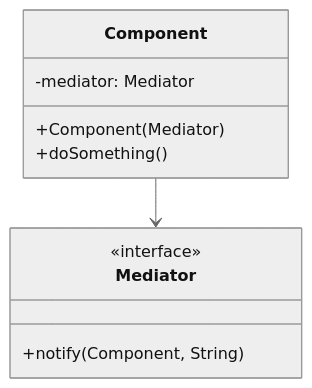
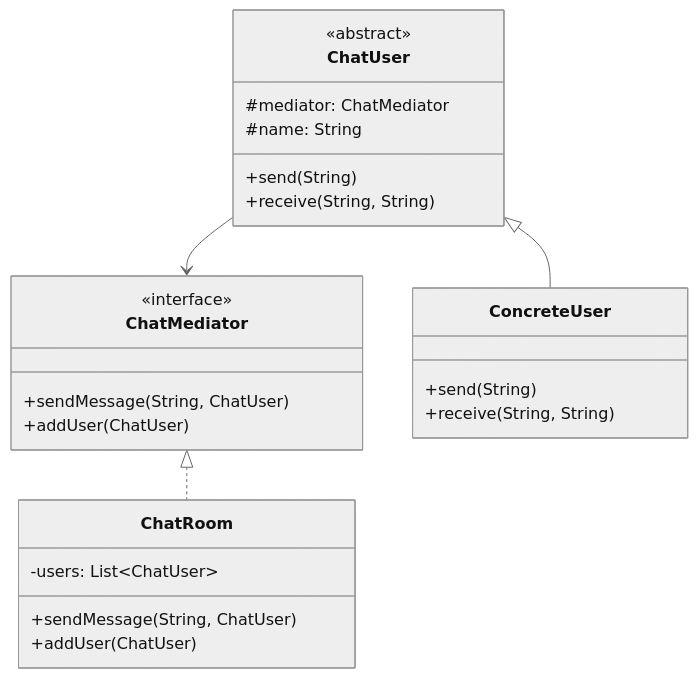
One commit to welldesignedsystem/welldesignedsystem.github.io changed diagram 17 of 23 in content/english/blog/system_design/core_design_patterns.md. Above: the diagram before and after it, drawn with Mermaid (neutral theme). The commit also changed other lines of this file and 1 other file, not shown here.

````diff
--- a/content/english/blog/system_design/core_design_patterns.md
+++ b/content/english/blog/system_design/core_design_patterns.md
@@ -875,13 +1319,27 @@
 ```mermaid
 classDiagram
-    class Mediator {
+    class ChatMediator {
         <<interface>>
-        +notify(Component, String)
+        +sendMessage(String, ChatUser)
+        +addUser(ChatUser)
     }
-    class Component {
-        -mediator: Mediator
-        +Component(Mediator)
-        +doSomething()
+    class ChatRoom {
+        -users: List~ChatUser~
+        +sendMessage(String, ChatUser)
+        +addUser(ChatUser)
     }
-    Component --> Mediator
+    class ChatUser {
+        <<abstract>>
+        #mediator: ChatMediator
+        #name: String
+        +send(String)
+        +receive(String, String)
+    }
+    class ConcreteUser {
+        +send(String)
+        +receive(String, String)
+    }
+    ChatMediator <|.. ChatRoom
+    ChatUser <|-- ConcreteUser
+    ChatUser --> ChatMediator
 ```
````
